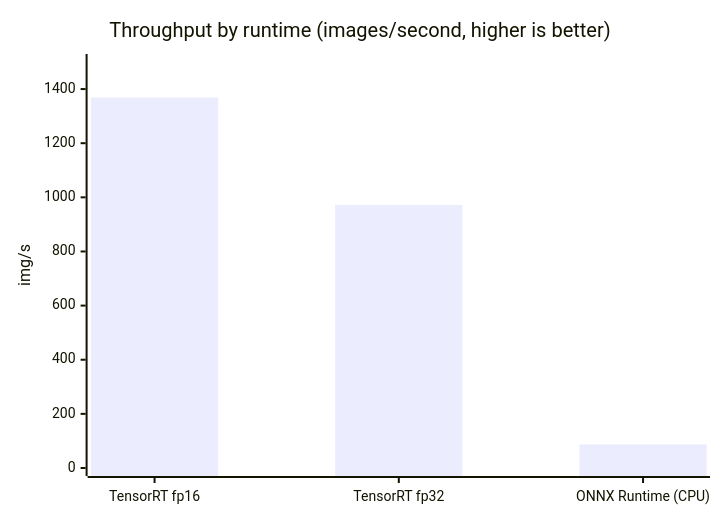
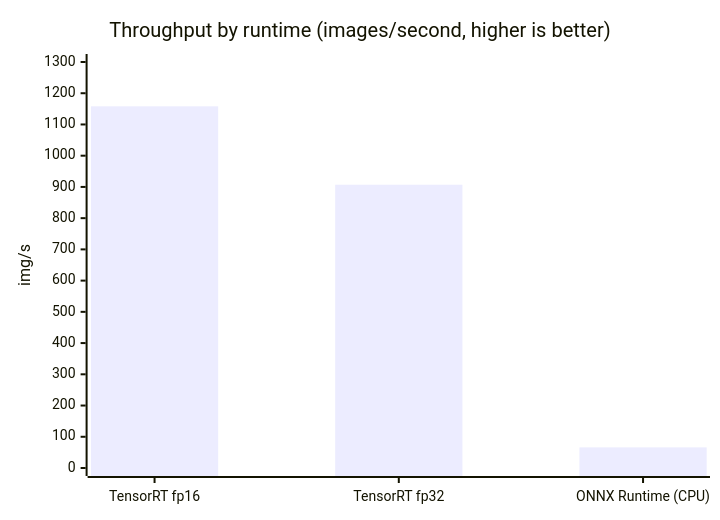
Before and after one commit to pankaj29/ML-Engineer-Challenge: the second of 3 diagrams in models/cards/resnet50-tiny-imagenet.md, drawn with Mermaid. The commit also changed other lines of this file and 6 other files, not shown here.

````diff
--- a/models/cards/resnet50-tiny-imagenet.md
+++ b/models/cards/resnet50-tiny-imagenet.md
@@ -141,7 +155,7 @@
 ```mermaid
 xychart-beta
     title "Throughput by runtime (images/second, higher is better)"
     x-axis ["TensorRT fp16", "TensorRT fp32", "ONNX Runtime (CPU)"]
-    y-axis "img/s" 0 --> 1500
-    bar [1369, 972, 87]
+    y-axis "img/s" 0 --> 1300
+    bar [1158, 907, 66]
 ```
````
